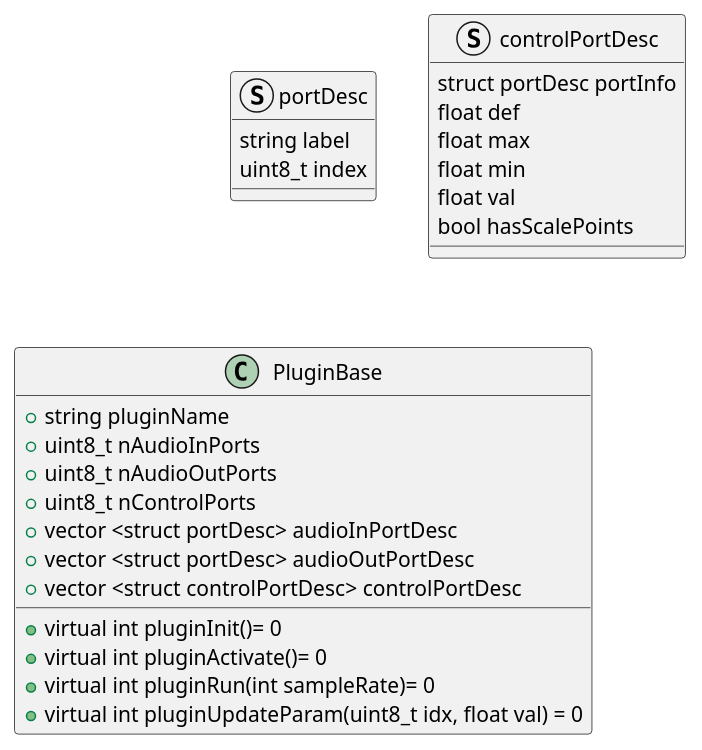
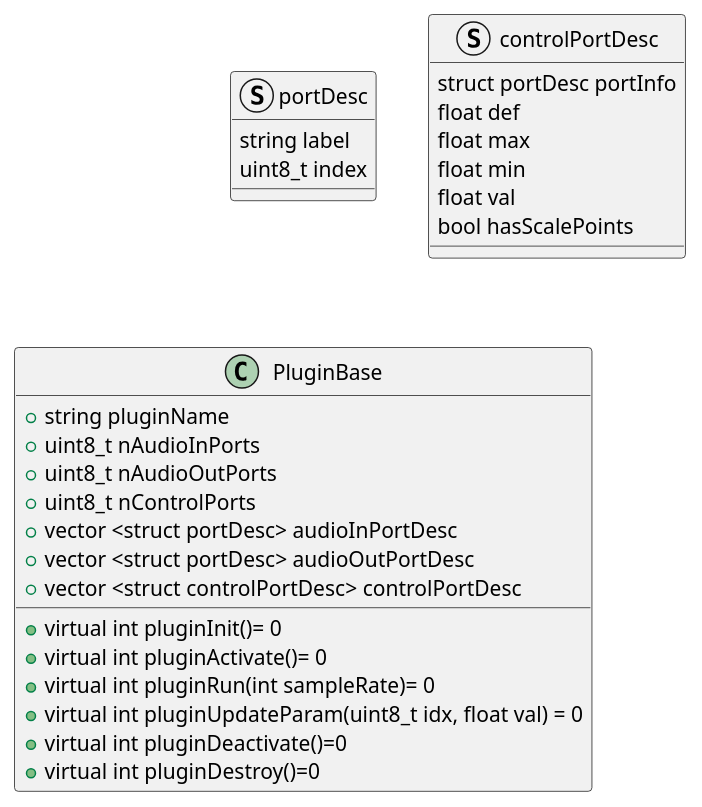
Before and after one commit to abhimanyu-g/calicofx-core: the sixth of 13 diagrams in doc/design.org, drawn with PlantUML. The commit also changed other lines of this file, not shown here.

```diff
--- a/doc/design.org
+++ b/doc/design.org
@@ -146,31 +156,33 @@
 #+begin_src plantuml :file /tmp/calicofx-plugin-base-class-dig.png :exports results
   @startuml
   struct portDesc{
         string label
         uint8_t index
   }
 
   struct controlPortDesc {
         struct portDesc portInfo
         float def
         float max
         float min
         float val
         bool hasScalePoints
   }
 
   class PluginBase{
           +string pluginName
           +uint8_t nAudioInPorts
           +uint8_t nAudioOutPorts
           +uint8_t nControlPorts
         +vector <struct portDesc> audioInPortDesc
           +vector <struct portDesc> audioOutPortDesc
           +vector <struct controlPortDesc> controlPortDesc
           +virtual int pluginInit()= 0
           +virtual int pluginActivate()= 0
           +virtual int pluginRun(int sampleRate)= 0
         +virtual int pluginUpdateParam(uint8_t idx, float val) = 0
+        +virtual int pluginDeactivate()=0
+        +virtual int pluginDestroy()=0
   }
   @enduml
 #+end_src
```
